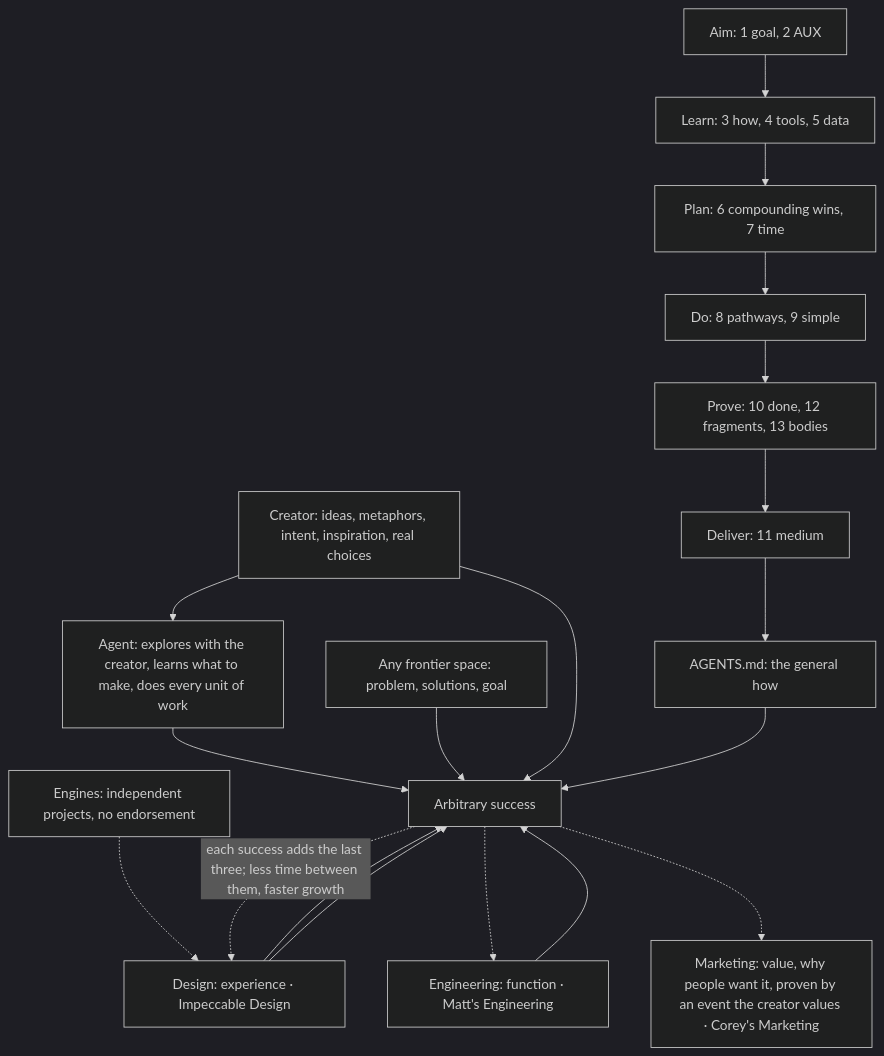
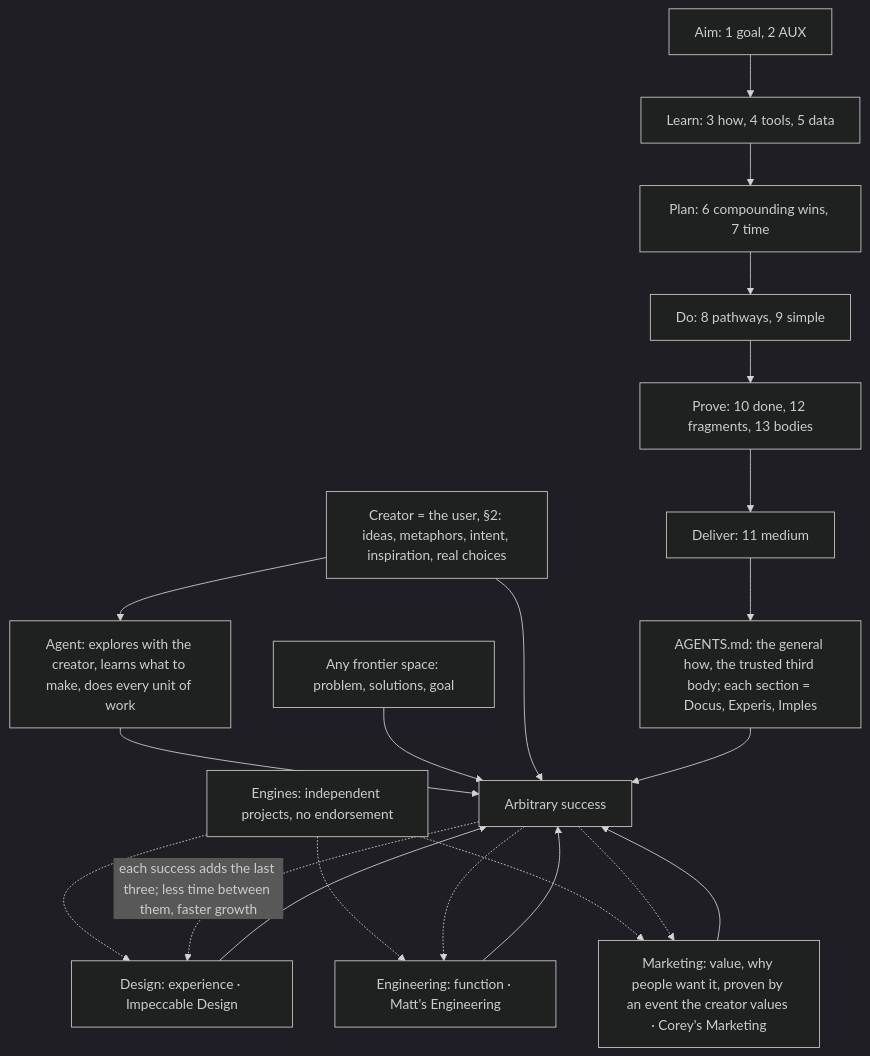
The first of 14 diagrams in AGENTS.md (SolenixAI/arbiter), drawn with Mermaid (dark theme) before and after one commit. The commit also changed other lines of this file, not shown here.

Commit message:
docs(agents): root light pass: creator is the user, section triplet in all bodies, every engine feeds success (#29)
* docs(agents): root light pass: creator is the user, section triplet in all bodies, every engine feeds success

* docs(agents): root review fixes

---------

````diff
--- a/AGENTS.md
+++ b/AGENTS.md
@@ -44,16 +46,18 @@
 ```mermaid
 flowchart TD
-  A[Aim: 1 goal, 2 AUX] --> L[Learn: 3 how, 4 tools, 5 data] --> P[Plan: 6 compounding wins, 7 time] --> D[Do: 8 pathways, 9 simple] --> V[Prove: 10 done, 12 fragments, 13 bodies] --> O[Deliver: 11 medium] --> F[AGENTS.md: the general how]
-  CR[Creator: ideas, metaphors, intent, inspiration, real choices] --> AG[Agent: explores with the creator, learns what to make, does every unit of work]
+  A[Aim: 1 goal, 2 AUX] --> L[Learn: 3 how, 4 tools, 5 data] --> P[Plan: 6 compounding wins, 7 time] --> D[Do: 8 pathways, 9 simple] --> V[Prove: 10 done, 12 fragments, 13 bodies] --> O[Deliver: 11 medium] --> F["AGENTS.md: the general how, the trusted third body; each section = Docus, Experis, Imples"]
+  CR["Creator = the user, §2: ideas, metaphors, intent, inspiration, real choices"] --> AG[Agent: explores with the creator, learns what to make, does every unit of work]
   AG --> S[Arbitrary success]
   FS["Any frontier space: problem, solutions, goal"] --> S
   CR --> S
   F --> S
   DS[Design: experience · Impeccable Design] --> S
   EG[Engineering: function · Matt's Engineering] --> S
-  SL[Marketing: value, why people want it, proven by an event the creator values · Corey's Marketing]
-  EN[Engines: independent projects, no endorsement] -.-> DS --> S
+  SL[Marketing: value, why people want it, proven by an event the creator values · Corey's Marketing] --> S
+  EN[Engines: independent projects, no endorsement] -.-> DS
+  EN -.-> EG
+  EN -.-> SL
   S -.->|"each success adds the last three; less time between them, faster growth"| DS
   S -.-> EG
   S -.-> SL
 ```
````
